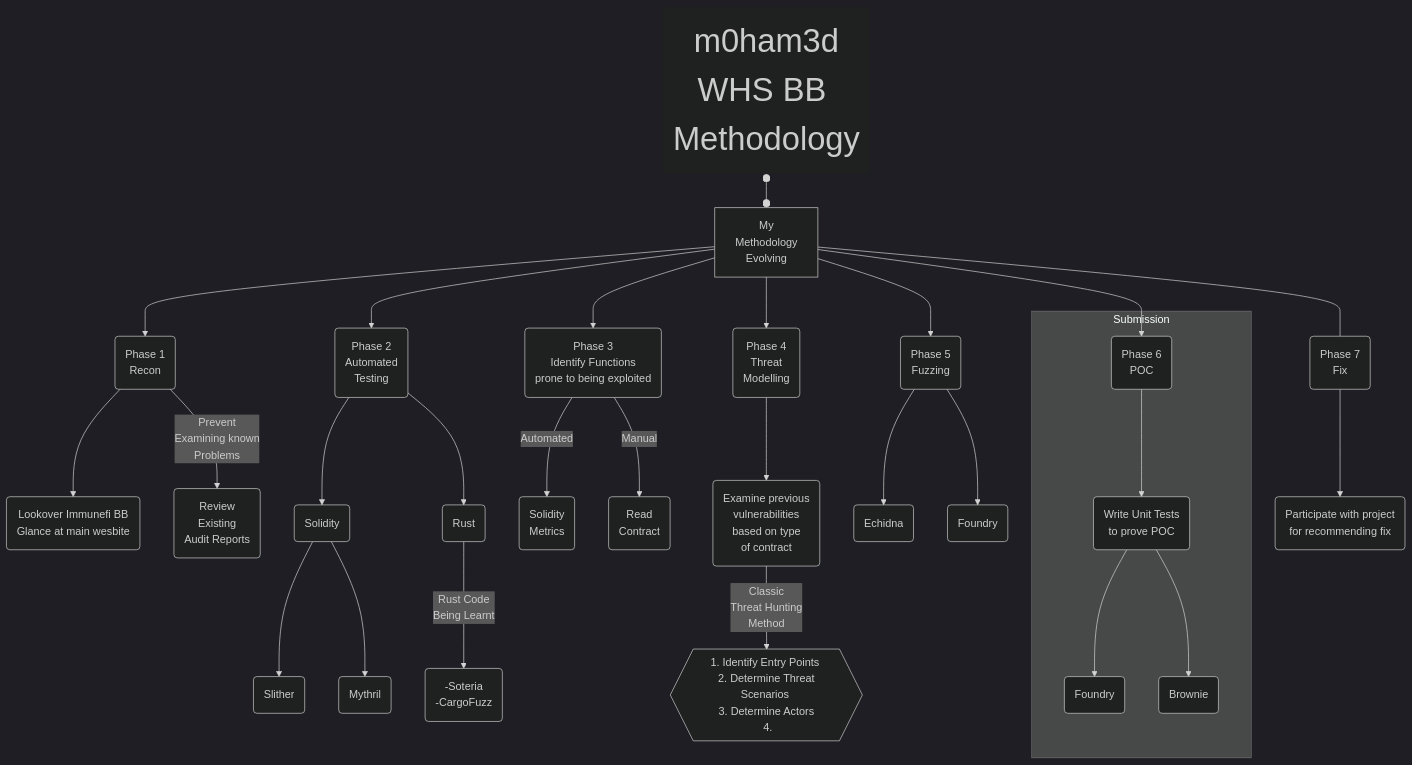
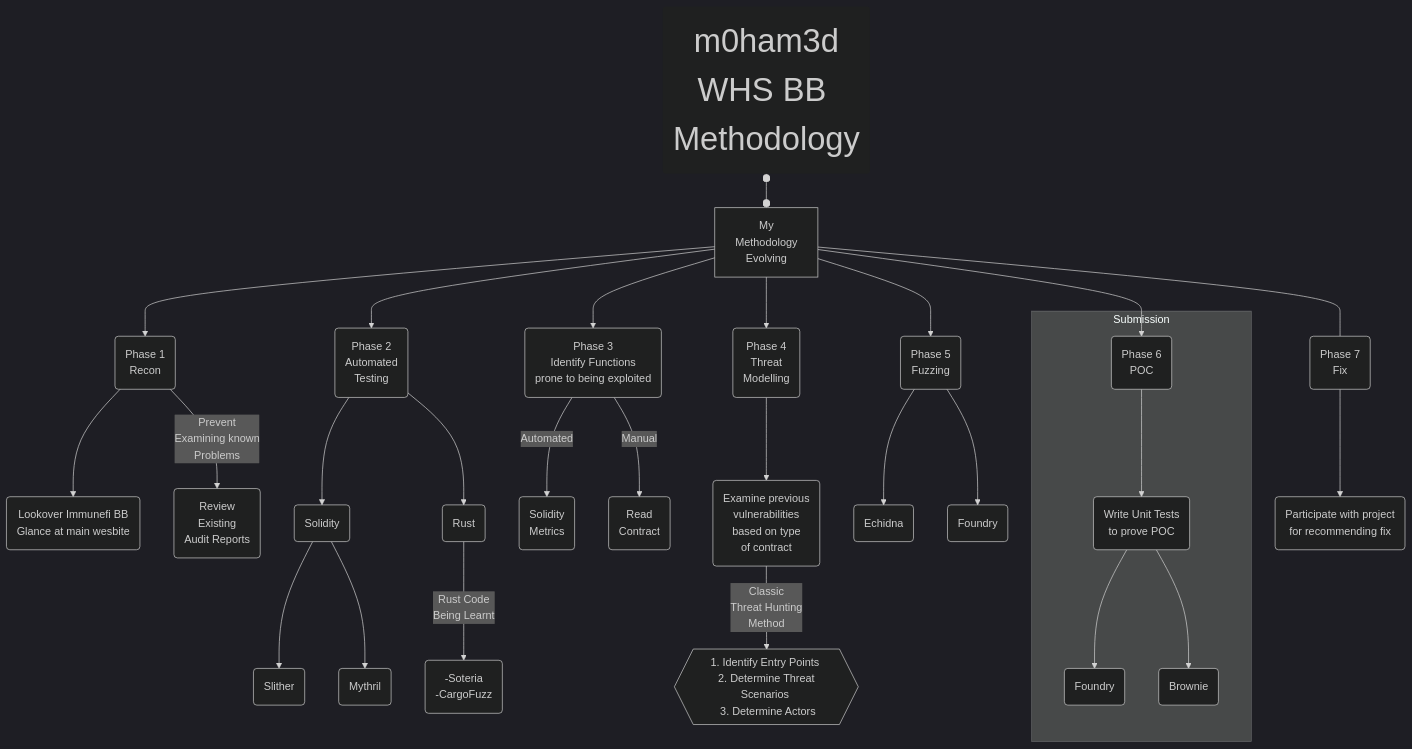
The second of 3 diagrams in b1/src/c2.md (m0ham3dx/Immunefi-WHS-Report), drawn with Mermaid before and after one commit. The commit also changed other lines of this file and 3 other files, not shown here.

````diff
--- a/b1/src/c2.md
+++ b/b1/src/c2.md
@@ -51,51 +51,51 @@
 ```mermaid
 %%{init: {'theme':'dark'}}%%
 flowchart TD
 
     %% Header box
     MX(<font size=20px>m0ham3d<br>WHS BB Methodology) o--oA 
             style MX stroke-width:0px
 
     %% Phase 1 
         A[My<br>Methodology<br>Evolving]-->B(Phase 1 <br> Recon)
         B --> B1(Lookover Immunefi BB <br> Glance at main wesbite)
         B --Prevent<br>Examining known<br>Problems --> B2(Review<br>Existing<br>Audit Reports )
 
     %% Phase 2 
         A --> C(Phase 2<br>Automated<br>Testing)
         C --> C1(Solidity<br>)
             C1 --> C11(Slither )
             C1 --> C12(Mythril )
         C --> C2(Rust<br>)
             C2 --Rust Code<br> Being Learnt  --> C21( -Soteria<br> -CargoFuzz )
 
     %% Phase 3 Identify Vulnerbale Function Boxes 
         A --> D(Phase 3<br> Identify Functions<br> prone to being exploited )
             D --Automated --> D1(Solidity<br>Metrics )
             D --Manual --> D2(Read<br>Contract )
 
     %% Phase 4 - Threat Modeling 
         A --> E(Phase 4<br>Threat<br>Modelling )
             E --> E1(Examine previous<br>vulnerabilities <br> based on type<br>of contract )
-            E1 --Classic<br>Threat Hunting<br>Method <br>--> E2{{1. Identify Entry Points <br> 2. Determine Threat Scenarios <br> 3. Determine Actors <br> 4.  }}
+            E1 --Classic<br>Threat Hunting<br>Method <br>--> E2{{1. Identify Entry Points <br> 2. Determine Threat Scenarios <br> 3. Determine Actors }}
                     click E href "https://www.w3bs3c.com/list?recordId=recWW7im5o9S9uaDF" _blank
 
     %% Phase 5 Fuzzing 
         A --> F(Phase 5<br>Fuzzing )
             F --> F1(Echidna<br>)
             F --> F2(Foundry<br>)
                         click F2 href "https://book.getfoundry.sh/forge/fuzz-testing.html" _blank
 
     %% Phase 6 
         A --> G(Phase 6 <br> POC )
             subgraph Submission
                 G --> G1(Write Unit Tests<br>to prove POC )
                 G1 --> G2(Foundry )
                         click G2 href "https://book.getfoundry.sh/forge/writing-tests.html" _blank
                 G1 --> G3(Brownie )
             end
 
     %% Phase 7 
         A---H(Phase 7 <br> Fix  )
             H-->H1(Participate with project <br> for recommending fix )
 ```
````
